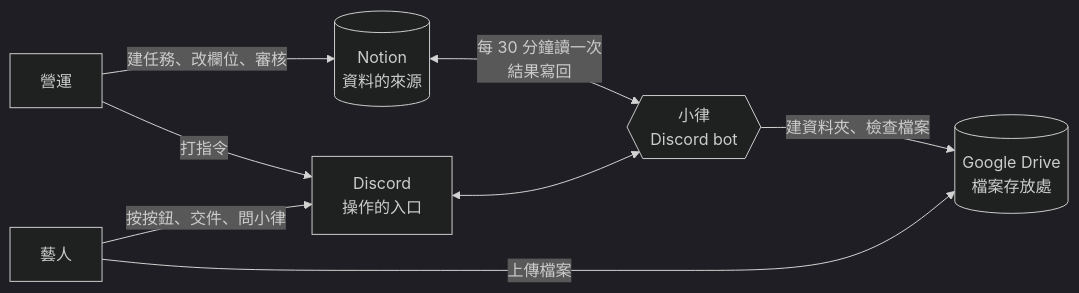
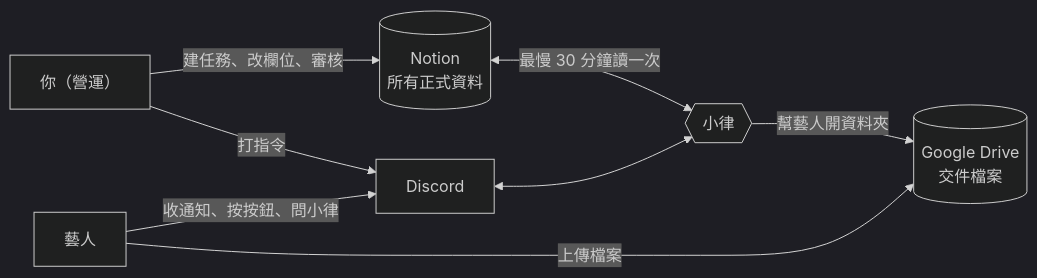
One commit to johnnysun0621/kari-kari-ai-ops changed the first of 8 diagrams in docs/sop/ADMIN_SOP.md. Above: the diagram before and after it, drawn with Mermaid (dark theme). The commit also changed other lines of this file and 85 other files, not shown here.

````diff
--- a/docs/sop/ADMIN_SOP.md
+++ b/docs/sop/ADMIN_SOP.md
@@ -33,10 +44,10 @@
 ```mermaid
 flowchart LR
-  OPS["營運"] -- "建任務、改欄位、審核" --> N[("Notion<br/>資料的來源")]
-  OPS -- "打指令" --> DC["Discord<br/>操作的入口"]
-  N <-- "每 30 分鐘讀一次<br/>結果寫回" --> BOT{{"小律<br/>Discord bot"}}
+  OPS["你（營運）"] -- "建任務、改欄位、審核" --> N[("Notion<br/>所有正式資料")]
+  OPS -- "打指令" --> DC["Discord"]
+  N <-- "最慢 30 分鐘讀一次" --> BOT{{"小律"}}
   DC <--> BOT
-  BOT -- "建資料夾、檢查檔案" --> GD[("Google Drive<br/>檔案存放處")]
-  ART["藝人"] -- "按按鈕、交件、問小律" --> DC
+  BOT -- "幫藝人開資料夾" --> GD[("Google Drive<br/>交件檔案")]
+  ART["藝人"] -- "收通知、按按鈕、問小律" --> DC
   ART -- "上傳檔案" --> GD
 ```
````
